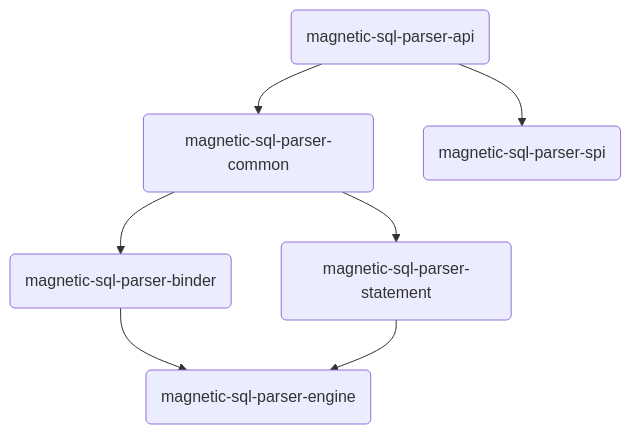
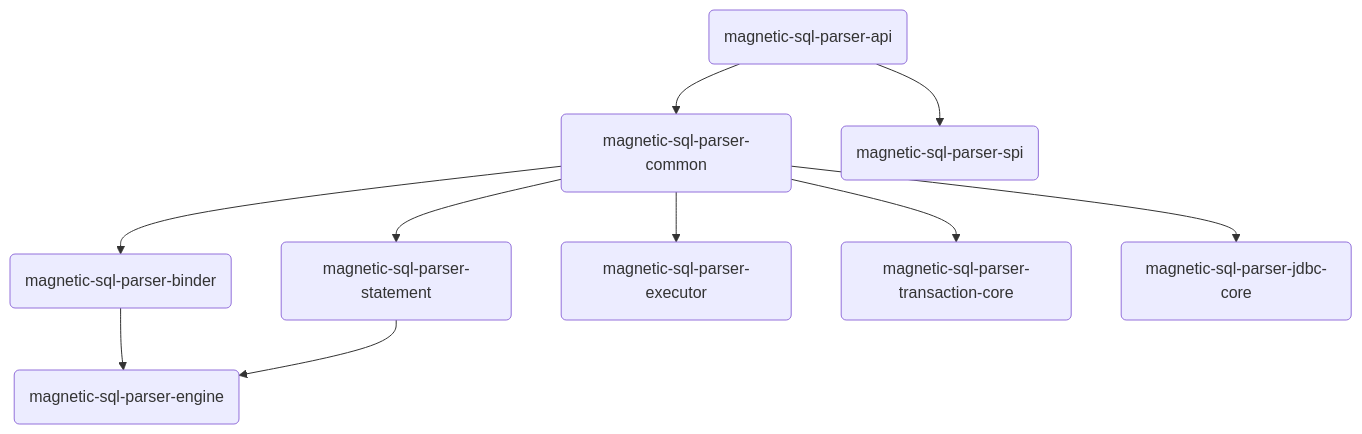
Before and after one commit to iByteCoding/M-SQLParser: the diagram in README.md, drawn with Mermaid.

Commit message:
feat：016 规划拆分模块包 magnetic-sql-parser-executor magnetic-sql-parser-transaction-core magnetic-sql-parser-jdbc-core

````diff
--- a/README.md
+++ b/README.md
@@ -26,9 +26,12 @@
 ```mermaid
 graph TD;
 	id1(magnetic-sql-parser-api)-->id6(magnetic-sql-parser-common)
     id2(magnetic-sql-parser-binder)-->id4(magnetic-sql-parser-engine)
     id3(magnetic-sql-parser-statement)-->id4(magnetic-sql-parser-engine)
     id6(magnetic-sql-parser-common)-->id2(magnetic-sql-parser-binder)
     id6(magnetic-sql-parser-common)-->id3(magnetic-sql-parser-statement)
+    id6(magnetic-sql-parser-common)-->id7(magnetic-sql-parser-executor)
+    id6(magnetic-sql-parser-common)-->id8(magnetic-sql-parser-transaction-core)
+    id6(magnetic-sql-parser-common)-->id9(magnetic-sql-parser-jdbc-core)
     id1(magnetic-sql-parser-api)-->id5(magnetic-sql-parser-spi)
 ```
````
